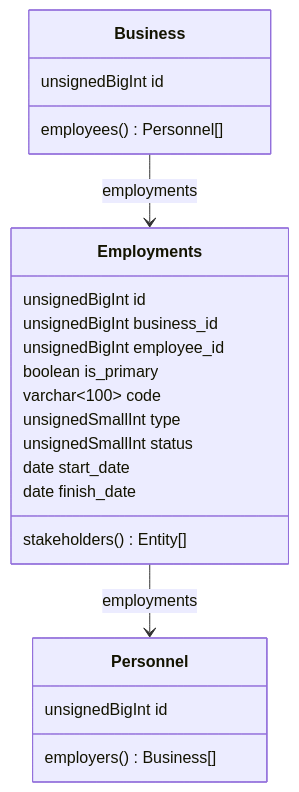
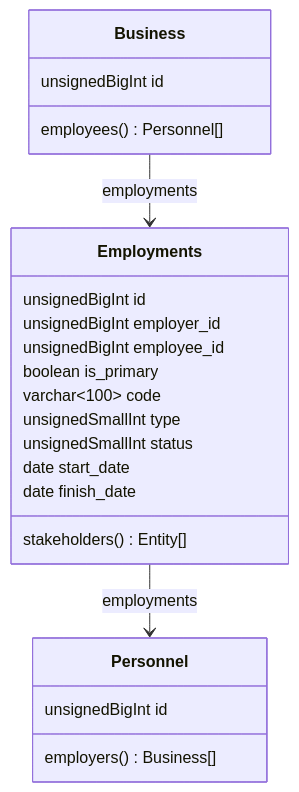
One commit to creasico/laravel-base changed the fourth of 7 diagrams in database/README.md. Above: the diagram before and after it, drawn with Mermaid. The commit also changed other lines of this file, not shown here.

````diff
--- a/database/README.md
+++ b/database/README.md
@@ -246,26 +246,26 @@
 ```mermaid
 classDiagram
      Employments --> Personnel : employments
      Business --> Employments : employments
 
     class Business {
         unsignedBigInt id
         employees() Personnel[]
     }
     class Personnel {
         unsignedBigInt id
         employers() Business[]
     }
     class Employments {
         unsignedBigInt id
-        unsignedBigInt business_id
+        unsignedBigInt employer_id
         unsignedBigInt employee_id
         boolean is_primary
         varchar~100~ code
         unsignedSmallInt type
         unsignedSmallInt status
         date start_date
         date finish_date
         stakeholders() Entity[]
     }
 ```
````
